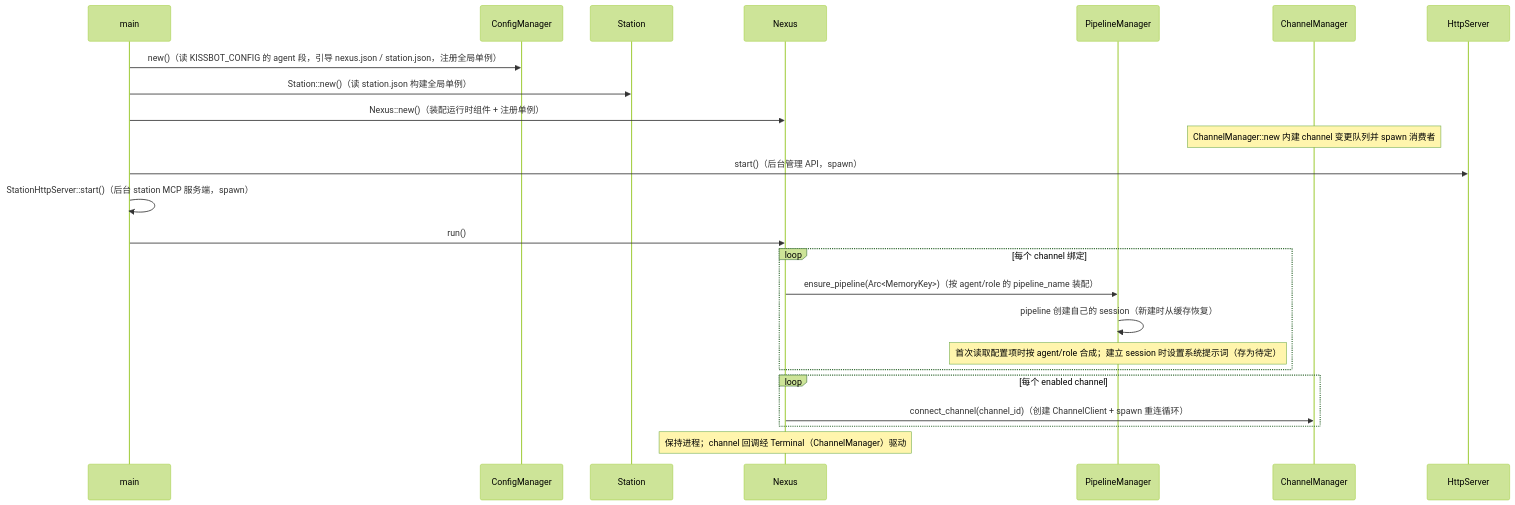
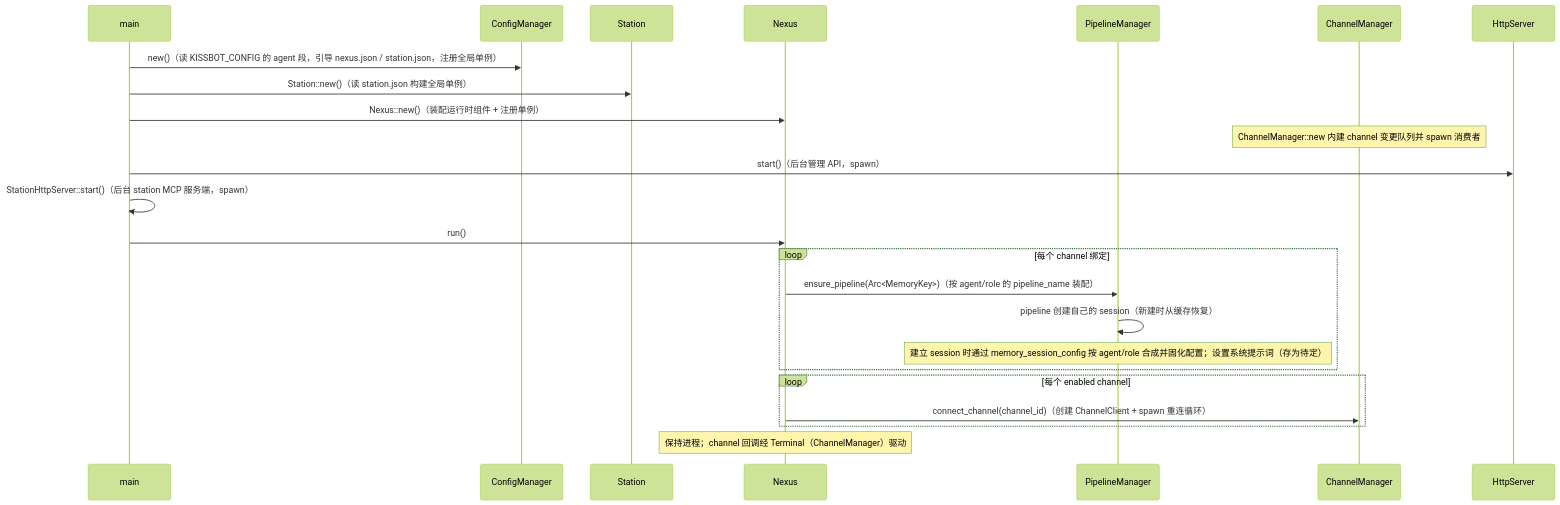
One commit to coldcloude/kissbot changed the second of 5 diagrams in docs/spec/agent-modules.md. Above: the diagram before and after it, drawn with Mermaid (forest theme). The commit also changed other lines of this file and 11 other files, not shown here.

First line of the commit message:
pipeline 运行期只按 session_id 读配置，恢复 memory_session_config

````diff
--- a/docs/spec/agent-modules.md
+++ b/docs/spec/agent-modules.md
@@ -108,27 +108,27 @@
 ```mermaid
 sequenceDiagram
     participant main
     participant CFG as ConfigManager
     participant ST as Station
     participant CO as Nexus
     participant PLS as PipelineManager
     participant CHM as ChannelManager
     participant HS as HttpServer
 
     main->>CFG: new()（读 KISSBOT_CONFIG 的 agent 段，引导 nexus.json / station.json，注册全局单例）
     main->>ST: Station::new()（读 station.json 构建全局单例）
     main->>CO: Nexus::new()（装配运行时组件 + 注册单例）
     Note over CHM: ChannelManager::new 内建 channel 变更队列并 spawn 消费者
     main->>HS: start()（后台管理 API，spawn）
     main->>main: StationHttpServer::start()（后台 station MCP 服务端，spawn）
     main->>CO: run()
     loop 每个 channel 绑定
         CO->>PLS: ensure_pipeline(Arc<MemoryKey>)（按 agent/role 的 pipeline_name 装配）
         PLS->>PLS: pipeline 创建自己的 session（新建时从缓存恢复）
-        Note over PLS: 首次读取配置项时按 agent/role 合成；建立 session 时设置系统提示词（存为待定）
+        Note over PLS: 建立 session 时通过 memory_session_config 按 agent/role 合成并固化配置；设置系统提示词（存为待定）
     end
     loop 每个 enabled channel
         CO->>CHM: connect_channel(channel_id)（创建 ChannelClient + spawn 重连循环）
     end
     Note over CO: 保持进程；channel 回调经 Terminal（ChannelManager）驱动
 ```
````
